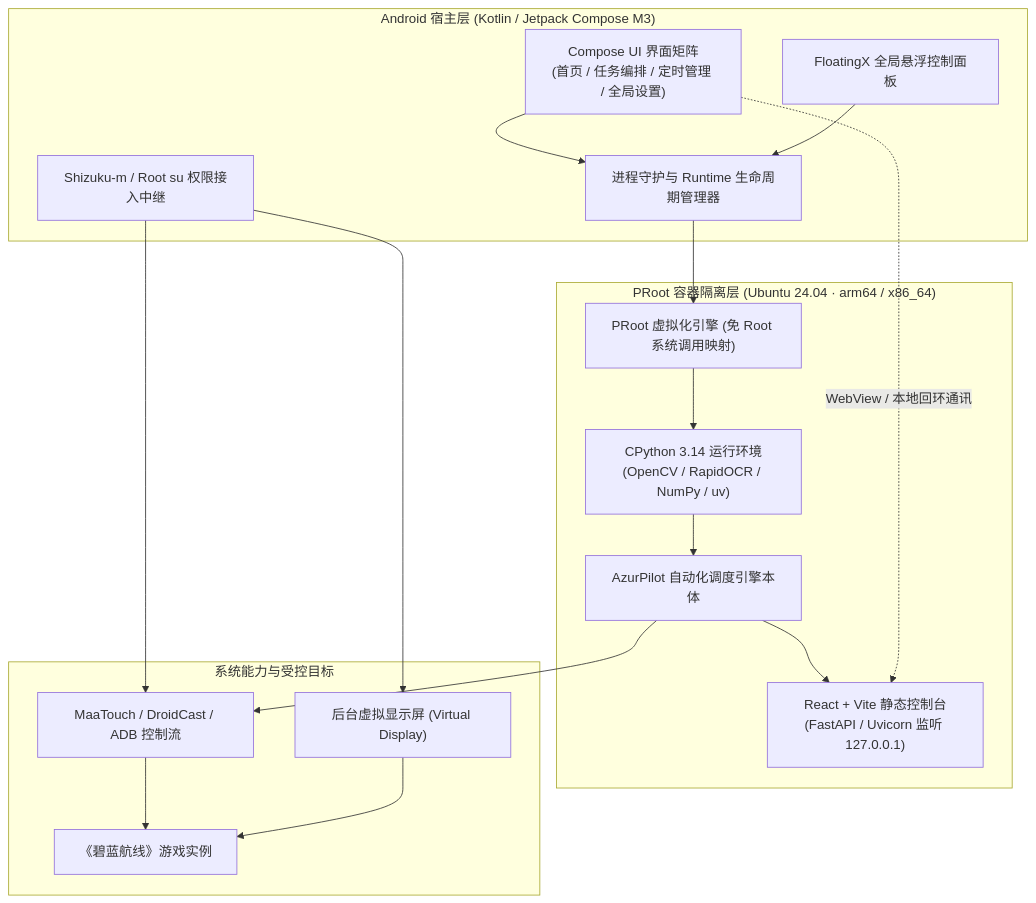
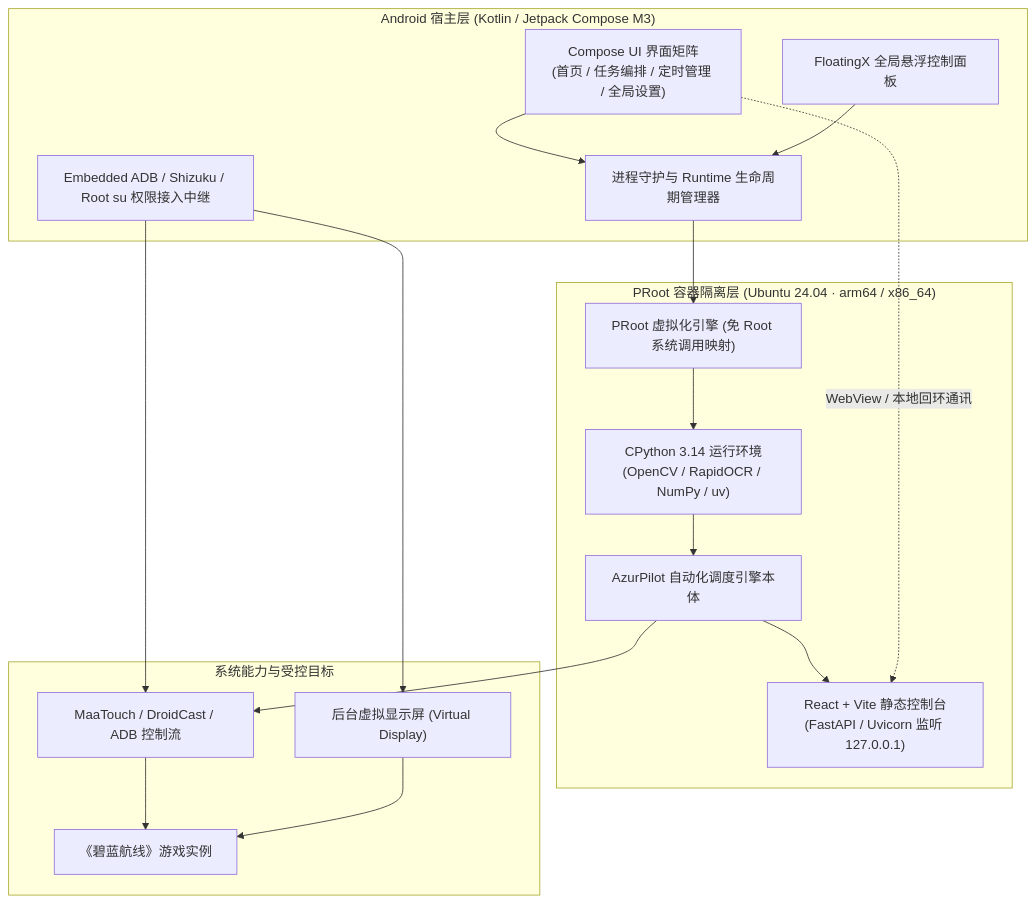
The diagram in README.md (58383050/AzurPilot-for-Android), drawn with Mermaid before and after one commit. The commit also changed other lines of this file and 45 other files, not shown here.

````diff
--- a/README.md
+++ b/README.md
@@ -306,35 +306,35 @@
 ```mermaid
 graph TD
     subgraph AndroidHost ["Android 宿主层 (Kotlin / Jetpack Compose M3)"]
         UI["Compose UI 界面矩阵\n(首页 / 任务编排 / 定时管理 / 全局设置)"]
         Overlay["FloatingX 全局悬浮控制面板"]
         Lifecycle["进程守护与 Runtime 生命周期管理器"]
-        Bridge["Shizuku-m / Root su 权限接入中继"]
+        Bridge["Embedded ADB / Shizuku / Root su 权限接入中继"]
     end
 
     subgraph Container ["PRoot 容器隔离层 (Ubuntu 24.04 · arm64 / x86_64)"]
         PROOT["PRoot 虚拟化引擎 (免 Root 系统调用映射)"]
         ENV["CPython 3.14 运行环境\n(OpenCV / RapidOCR / NumPy / uv)"]
         CORE["AzurPilot 自动化调度引擎本体"]
         WEB["React + Vite 静态控制台\n(FastAPI / Uvicorn 监听 127.0.0.1)"]
     end
 
     subgraph DeviceTarget ["系统能力与受控目标"]
         VDisplay["后台虚拟显示屏 (Virtual Display)"]
         InputService["MaaTouch / DroidCast / ADB 控制流"]
         GameApp["《碧蓝航线》游戏实例"]
     end
 
     UI --> Lifecycle
     Overlay --> Lifecycle
     Lifecycle --> PROOT
     PROOT --> ENV
     ENV --> CORE
     CORE --> WEB
     UI -. "WebView / 本地回环通讯" .-> WEB
     Bridge --> InputService
     Bridge --> VDisplay
     InputService --> GameApp
     VDisplay --> GameApp
     CORE --> InputService
 ```
````
